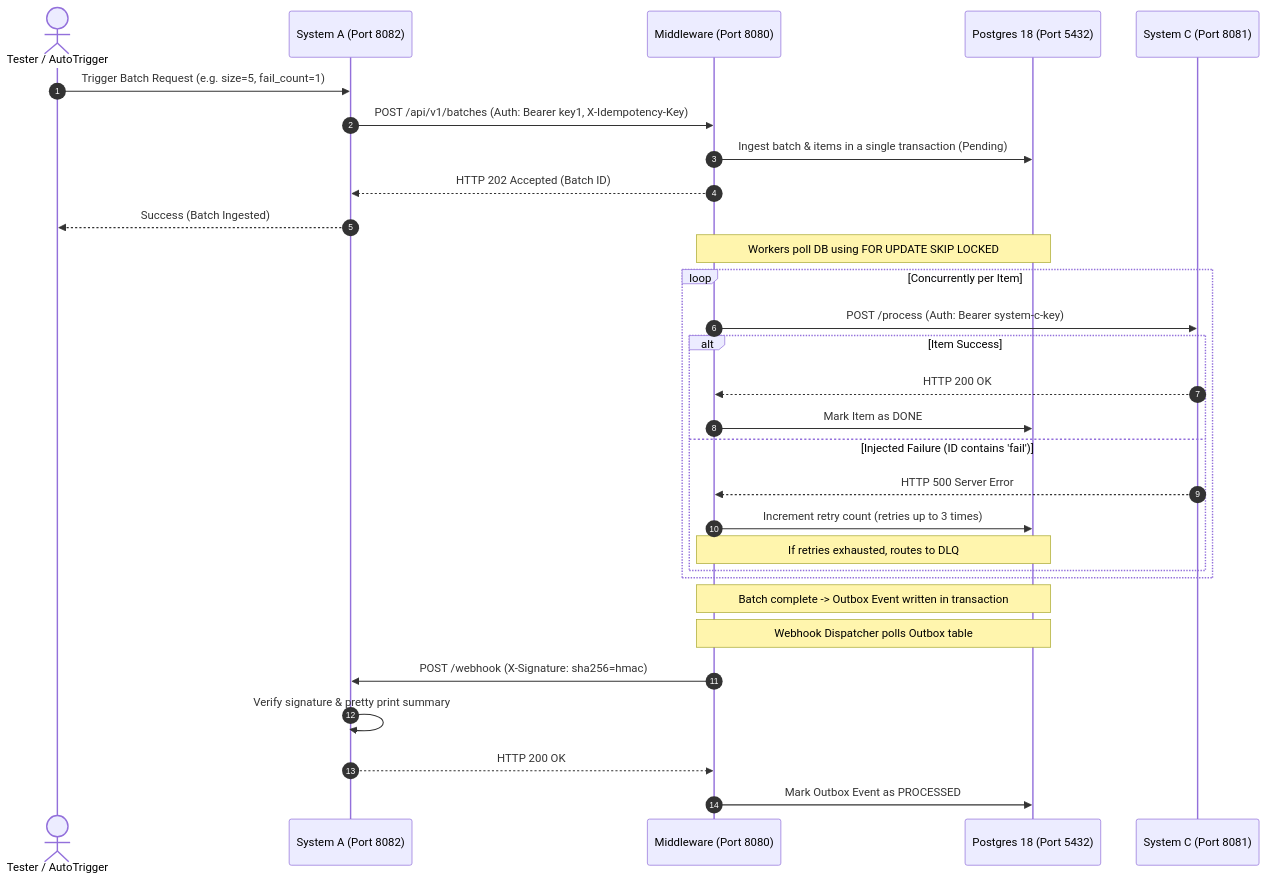
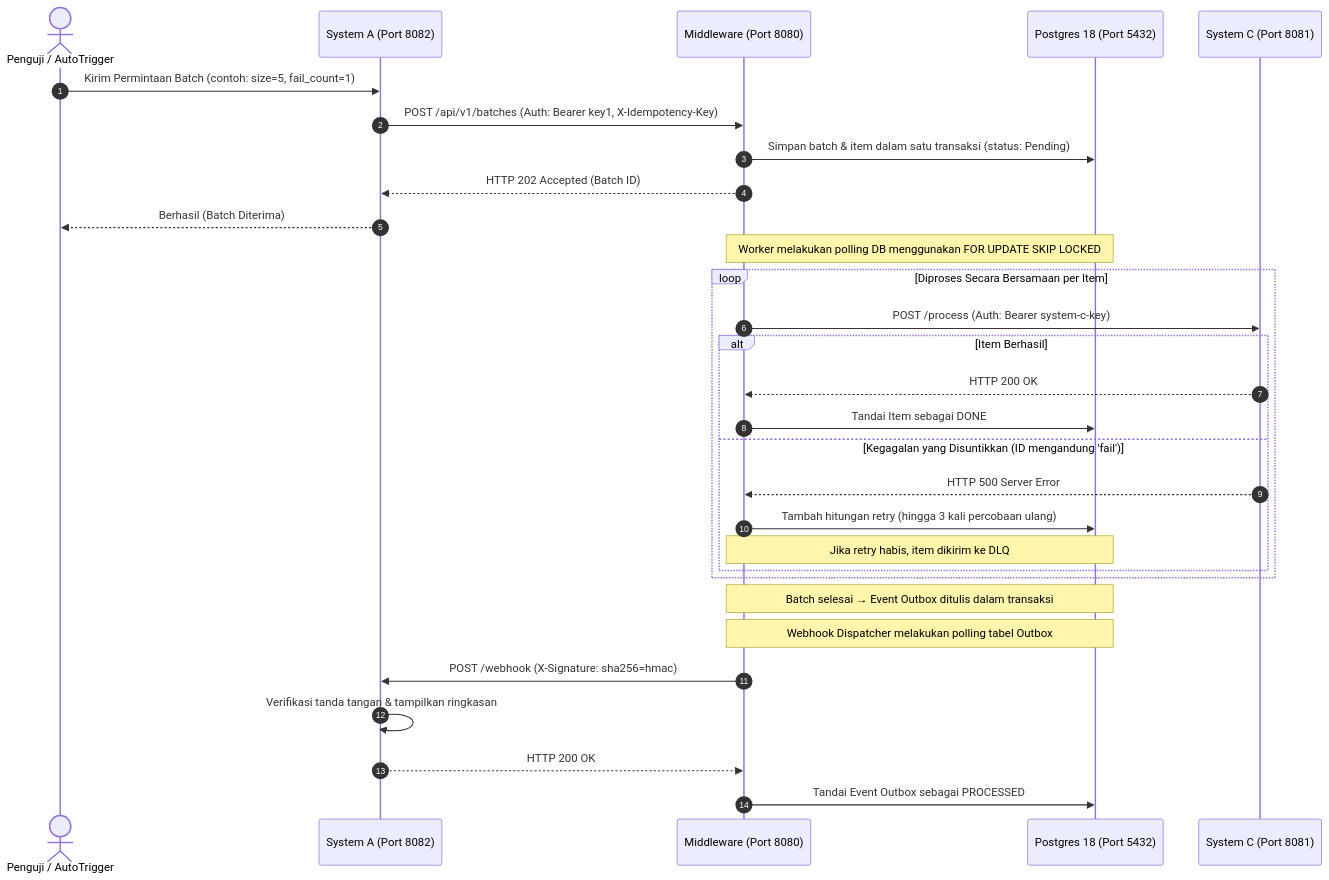
The diagram in SIMULATORS.md (semmidev/batch-processing), drawn with Mermaid before and after one commit. The commit also changed other lines of this file and 7 other files, not shown here.

````diff
--- a/SIMULATORS.md
+++ b/SIMULATORS.md
@@ -12,35 +12,35 @@
 ```mermaid
 sequenceDiagram
     autonumber
-    actor User as Tester / AutoTrigger
+    actor User as Penguji / AutoTrigger
     participant A as System A (Port 8082)
     participant M as Middleware (Port 8080)
     participant DB as Postgres 18 (Port 5432)
     participant C as System C (Port 8081)
 
-    User->>A: Trigger Batch Request (e.g. size=5, fail_count=1)
+    User->>A: Kirim Permintaan Batch (contoh: size=5, fail_count=1)
     A->>M: POST /api/v1/batches (Auth: Bearer key1, X-Idempotency-Key)
-    M->>DB: Ingest batch & items in a single transaction (Pending)
+    M->>DB: Simpan batch & item dalam satu transaksi (status: Pending)
     M-->>A: HTTP 202 Accepted (Batch ID)
-    A-->>User: Success (Batch Ingested)
+    A-->>User: Berhasil (Batch Diterima)
 
-    Note over M,DB: Workers poll DB using FOR UPDATE SKIP LOCKED
-    loop Concurrently per Item
+    Note over M,DB: Worker melakukan polling DB menggunakan FOR UPDATE SKIP LOCKED
+    loop Diproses Secara Bersamaan per Item
         M->>C: POST /process (Auth: Bearer system-c-key)
-        alt Item Success
+        alt Item Berhasil
             C-->>M: HTTP 200 OK
-            M->>DB: Mark Item as DONE
-        else Injected Failure (ID contains 'fail')
+            M->>DB: Tandai Item sebagai DONE
+        else Kegagalan yang Disuntikkan (ID mengandung 'fail')
             C-->>M: HTTP 500 Server Error
-            M->>DB: Increment retry count (retries up to 3 times)
-            Note over M,DB: If retries exhausted, routes to DLQ
+            M->>DB: Tambah hitungan retry (hingga 3 kali percobaan ulang)
+            Note over M,DB: Jika retry habis, item dikirim ke DLQ
         end
     end
 
-    Note over M,DB: Batch complete -> Outbox Event written in transaction
-    Note over M,DB: Webhook Dispatcher polls Outbox table
+    Note over M,DB: Batch selesai → Event Outbox ditulis dalam transaksi
+    Note over M,DB: Webhook Dispatcher melakukan polling tabel Outbox
     M->>A: POST /webhook (X-Signature: sha256=hmac)
-    A->>A: Verify signature & pretty print summary
+    A->>A: Verifikasi tanda tangan & tampilkan ringkasan
     A-->>M: HTTP 200 OK
-    M->>DB: Mark Outbox Event as PROCESSED
+    M->>DB: Tandai Event Outbox sebagai PROCESSED
 ```
````
